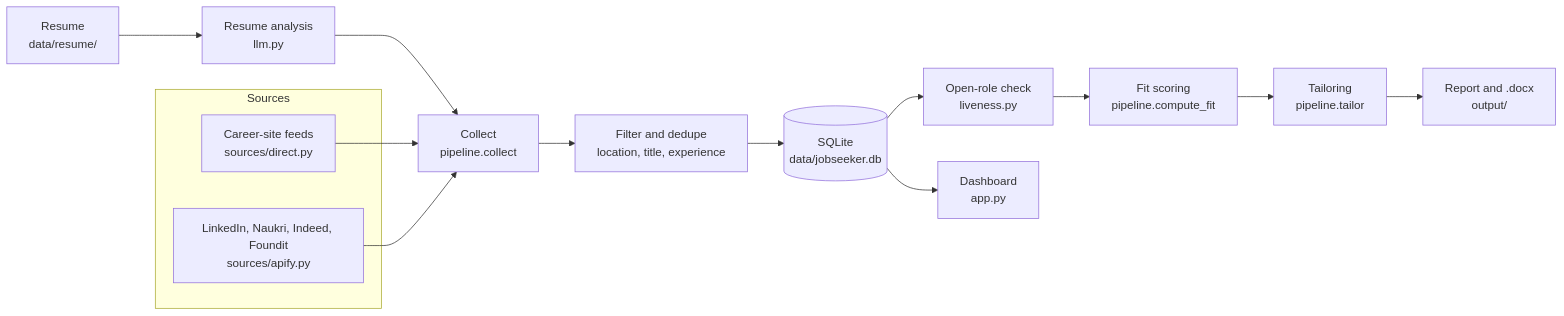
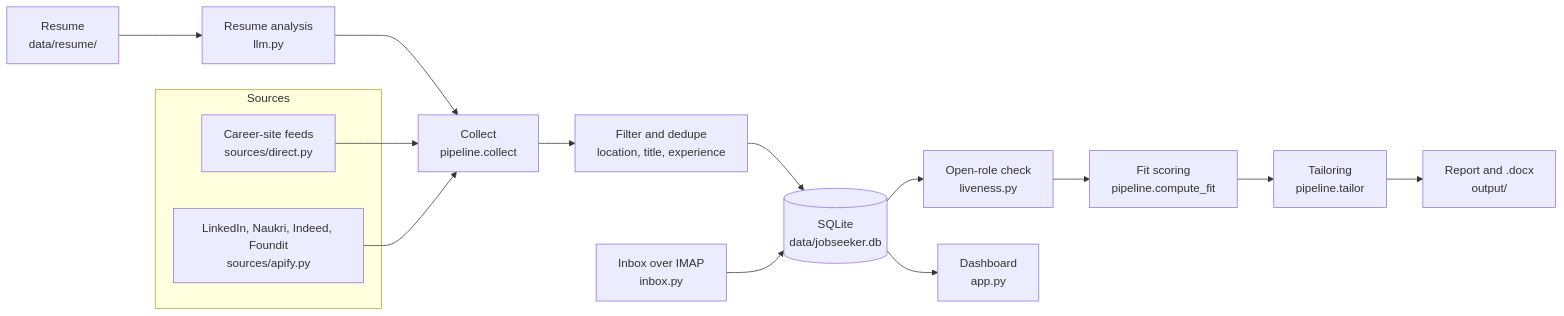
The diagram in README.md (adityakapoor006/JobSeeker), drawn with Mermaid before and after one commit. The commit also changed other lines of this file and 7 other files, not shown here.

````diff
--- a/README.md
+++ b/README.md
@@ -22,18 +23,19 @@
 ```mermaid
 flowchart LR
     R[Resume<br/>data/resume/] --> A[Resume analysis<br/>llm.py]
     A --> C[Collect<br/>pipeline.collect]
     subgraph Sources
       D[Career-site feeds<br/>sources/direct.py]
       B[LinkedIn, Naukri, Indeed, Foundit<br/>sources/apify.py]
     end
     D --> C
     B --> C
     C --> F[Filter and dedupe<br/>location, title, experience]
     F --> S[(SQLite<br/>data/jobseeker.db)]
     S --> L[Open-role check<br/>liveness.py]
     L --> SC[Fit scoring<br/>pipeline.compute_fit]
     SC --> T[Tailoring<br/>pipeline.tailor]
     T --> O[Report and .docx<br/>output/]
     S --> UI[Dashboard<br/>app.py]
+    M[Inbox over IMAP<br/>inbox.py] --> S
 ```
````
